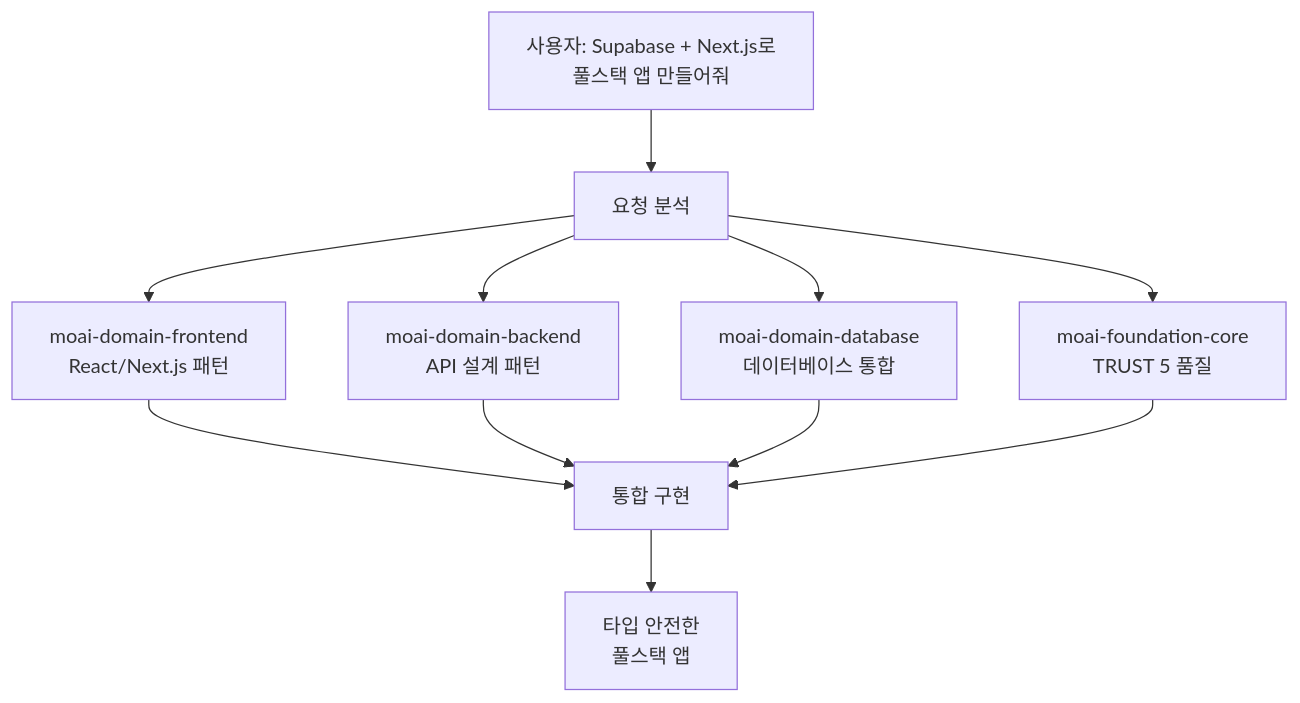
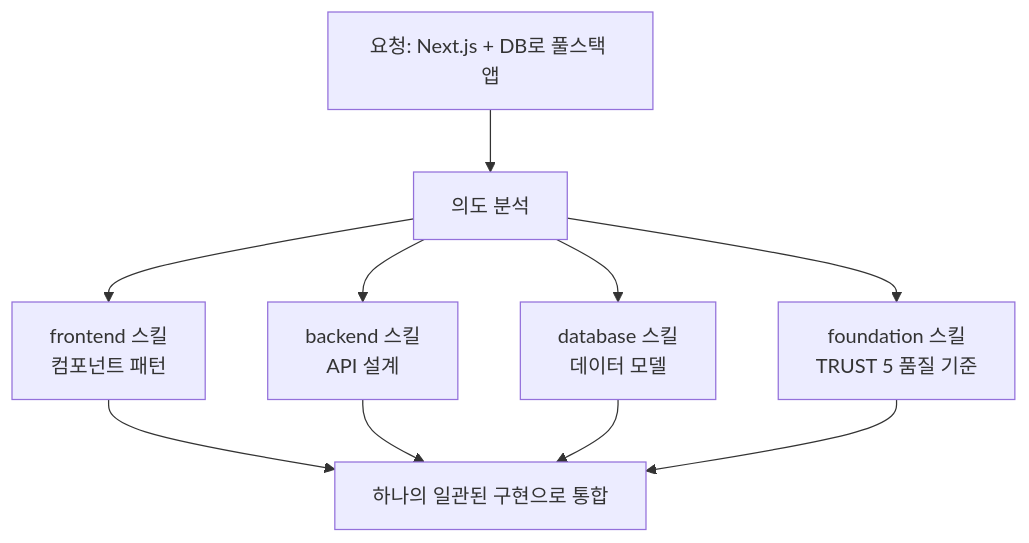
One commit to modu-ai/moai-adk changed the third of 3 diagrams in docs-site/content/ko/advanced/skill-guide.md. Above: the diagram before and after it, drawn with Mermaid. The commit also changed other lines of this file and 7 other files, not shown here.

````diff
--- a/docs-site/content/ko/advanced/skill-guide.md
+++ b/docs-site/content/ko/advanced/skill-guide.md
@@ -336,16 +108,12 @@
 ```mermaid
 flowchart TD
-    REQ["사용자: Supabase + Next.js로<br>풀스택 앱 만들어줘"] --> ANALYZE[요청 분석]
-
-    ANALYZE --> S1["moai-domain-frontend<br>React/Next.js 패턴"]
-    ANALYZE --> S2["moai-domain-backend<br>API 설계 패턴"]
-    ANALYZE --> S3["moai-domain-database<br>데이터베이스 통합"]
-    ANALYZE --> S4["moai-foundation-core<br>TRUST 5 품질"]
-
-    S1 --> IMPL[통합 구현]
+    REQ["요청: Next.js + DB로 풀스택 앱"] --> AN[의도 분석]
+    AN --> S1["frontend 스킬<br/>컴포넌트 패턴"]
+    AN --> S2["backend 스킬<br/>API 설계"]
+    AN --> S3["database 스킬<br/>데이터 모델"]
+    AN --> S4["foundation 스킬<br/>TRUST 5 품질 기준"]
+    S1 --> IMPL[하나의 일관된 구현으로 통합]
     S2 --> IMPL
     S3 --> IMPL
     S4 --> IMPL
-
-    IMPL --> RESULT["타입 안전한<br>풀스택 앱"]
 ```
````
